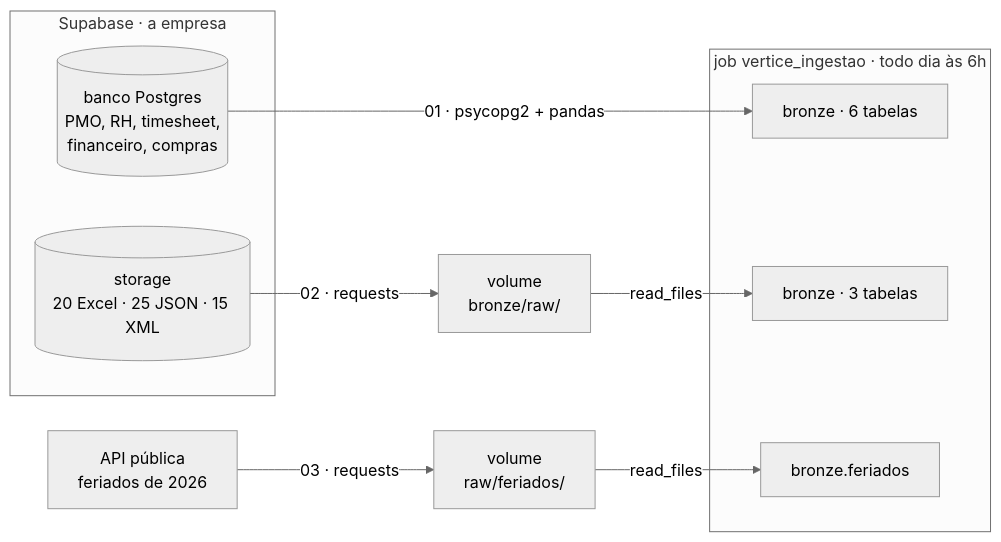
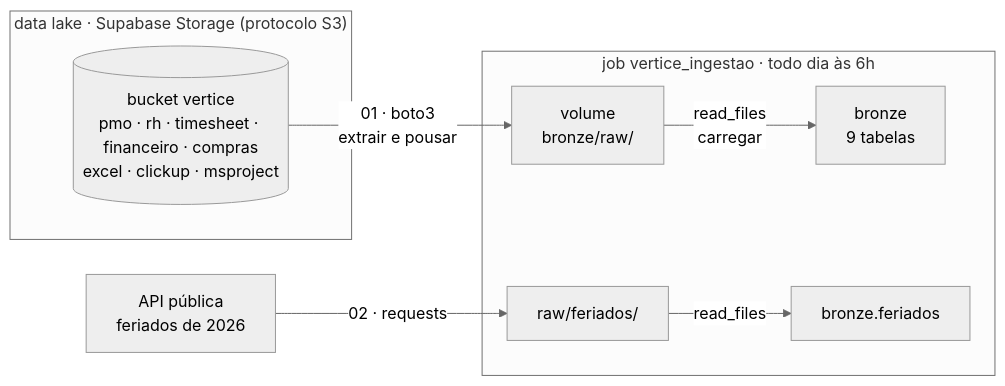
The first of 2 diagrams in aulas/aula-02-engenheiro/README.md (AugustoKoche-AI/ImersaoControlTower), drawn with Mermaid (neutral theme) before and after one commit. The commit also changed other lines of this file and 7 other files, not shown here.

First line of the commit message:
Noite 2: só data lake (S3/boto3 no Supabase Storage) para o raw, e o raw vira a bronze

````diff
--- a/aulas/aula-02-engenheiro/README.md
+++ b/aulas/aula-02-engenheiro/README.md
@@ -20,16 +20,16 @@
 ```mermaid
 flowchart LR
-  subgraph SUPA["Supabase · a empresa"]
-    DB[("banco Postgres<br/>PMO, RH, timesheet,<br/>financeiro, compras")]
-    ST[("storage<br/>20 Excel · 25 JSON · 15 XML")]
+  subgraph LAKE["data lake · Supabase Storage (protocolo S3)"]
+    B[("bucket vertice<br/>pmo · rh · timesheet · financeiro · compras<br/>excel · clickup · msproject")]
   end
   API["API pública<br/>feriados de 2026"]
-  DB -- "01 · psycopg2 + pandas" --> B6["bronze · 6 tabelas"]
-  ST -- "02 · requests" --> V["volume<br/>bronze/raw/"] -- "read_files" --> B3["bronze · 3 tabelas"]
-  API -- "03 · requests" --> V2["volume<br/>raw/feriados/"] -- "read_files" --> BF["bronze.feriados"]
+  B -- "01 · boto3<br/>extrair e pousar" --> RAW["volume<br/>bronze/raw/"]
+  RAW -- "read_files<br/>carregar" --> BR["bronze<br/>9 tabelas"]
+  API -- "02 · requests" --> RAWF["raw/feriados/"] -- "read_files" --> BF["bronze.feriados"]
   subgraph JOB["job vertice_ingestao · todo dia às 6h"]
-    B6
-    B3
+    RAW
+    BR
+    RAWF
     BF
   end
 ```
````
